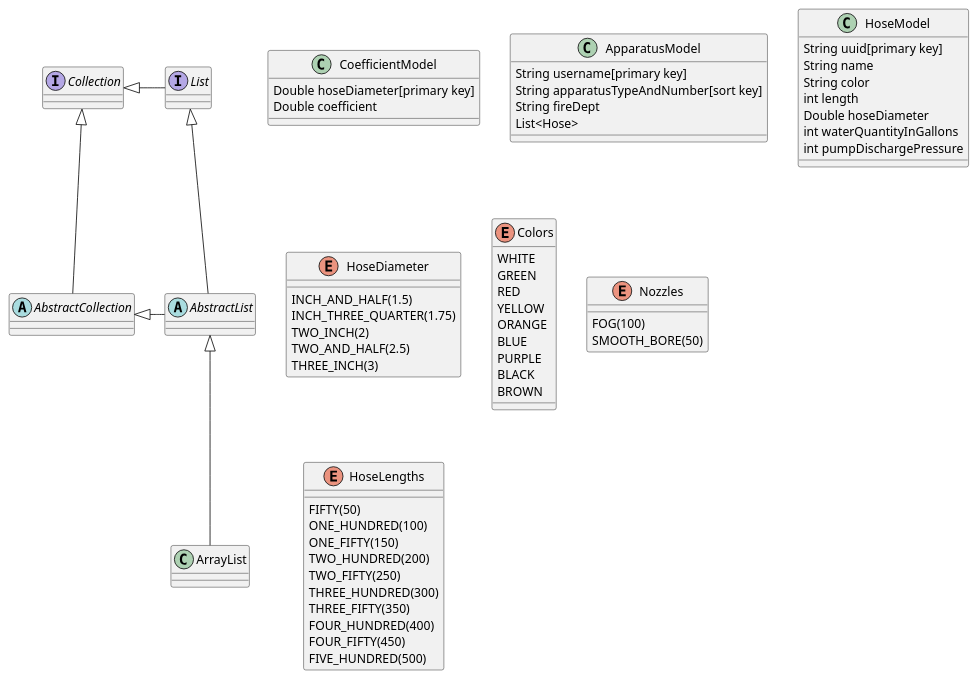
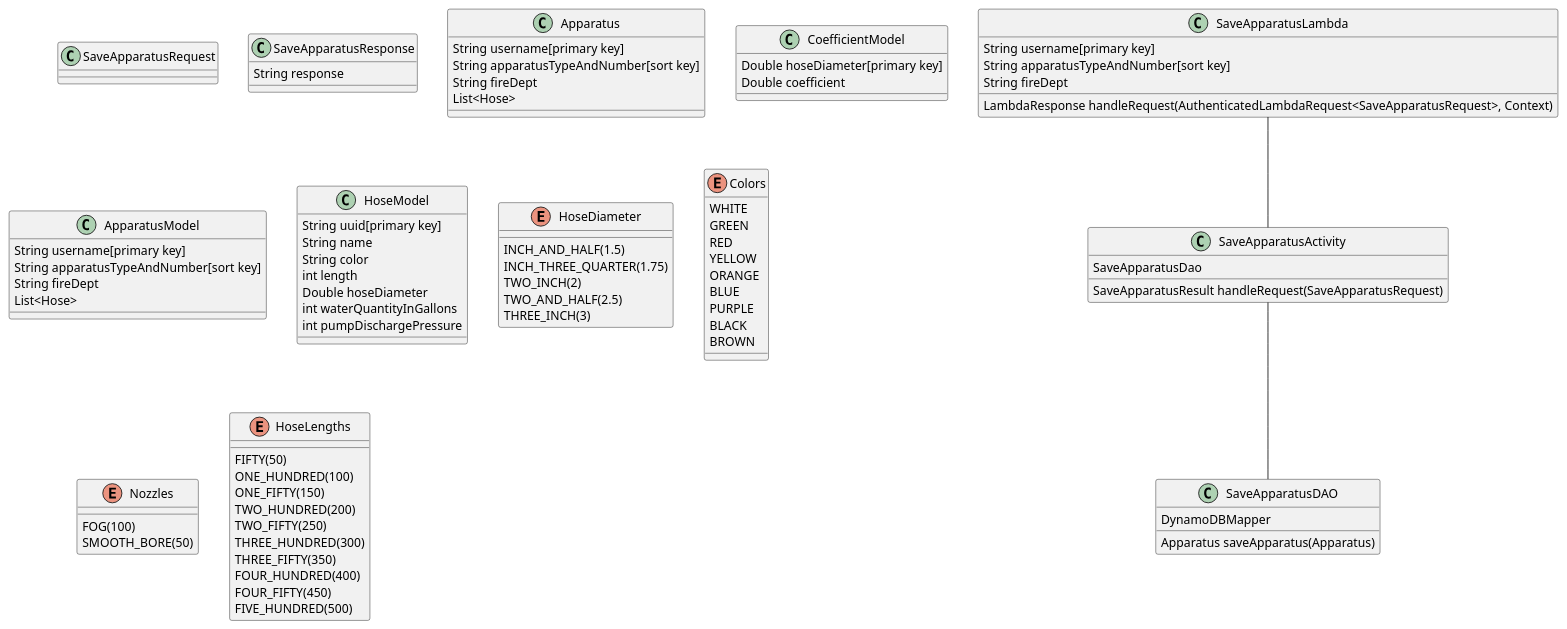
Before and after one commit to emergency22/Firefighter-Cheatsheet: the diagram in resources/classDiagram.puml, drawn with PlantUML.

```diff
--- a/resources/classDiagram.puml
+++ b/resources/classDiagram.puml
@@ -1,76 +1,100 @@
 @startuml
 'https://plantuml.com/class-diagram
 
-abstract class AbstractList
-abstract AbstractCollection
-interface List
-interface Collection
+SaveApparatusLambda -- SaveApparatusActivity
+SaveApparatusActivity -- SaveApparatusDAO
 
-List <|-- AbstractList
-Collection <|-- AbstractCollection
+class SaveApparatusLambda {
+String username[primary key]
+String apparatusTypeAndNumber[sort key]
+String fireDept
 
-Collection <|- List
-AbstractCollection <|- AbstractList
-AbstractList <|-- ArrayList
+LambdaResponse handleRequest(AuthenticatedLambdaRequest<SaveApparatusRequest>, Context)
+}
+
+class SaveApparatusRequest {}
+
+class SaveApparatusResponse {
+String response
+}
+
+class SaveApparatusActivity {
+SaveApparatusDao
+
+SaveApparatusResult handleRequest(SaveApparatusRequest)
+}
+
+class SaveApparatusDAO {
+DynamoDBMapper
+
+Apparatus saveApparatus(Apparatus)
+}
+
+class Apparatus {
+String username[primary key]
+String apparatusTypeAndNumber[sort key]
+String fireDept
+List<Hose>
+}
 
 class CoefficientModel {
 Double hoseDiameter[primary key]
 Double coefficient
 }
 
 class ApparatusModel {
 String username[primary key]
 String apparatusTypeAndNumber[sort key]
 String fireDept
 List<Hose>
 }
 
 class HoseModel {
 String uuid[primary key]
 String name
 String color
 int length
 Double hoseDiameter
 int waterQuantityInGallons
 int pumpDischargePressure
 }
 
 enum HoseDiameter {
 INCH_AND_HALF(1.5)
 INCH_THREE_QUARTER(1.75)
 TWO_INCH(2)
 TWO_AND_HALF(2.5)
 THREE_INCH(3)
 }
 
 enum Colors {
 WHITE
 GREEN
 RED
 YELLOW
 ORANGE
 BLUE
 PURPLE
 BLACK
 BROWN
 }
 
 enum Nozzles {
 FOG(100)
 SMOOTH_BORE(50)
 }
 
 enum HoseLengths {
 FIFTY(50)
 ONE_HUNDRED(100)
 ONE_FIFTY(150)
 TWO_HUNDRED(200)
 TWO_FIFTY(250)
 THREE_HUNDRED(300)
 THREE_FIFTY(350)
 FOUR_HUNDRED(400)
 FOUR_FIFTY(450)
 FIVE_HUNDRED(500)
 }
 
 @enduml
```
